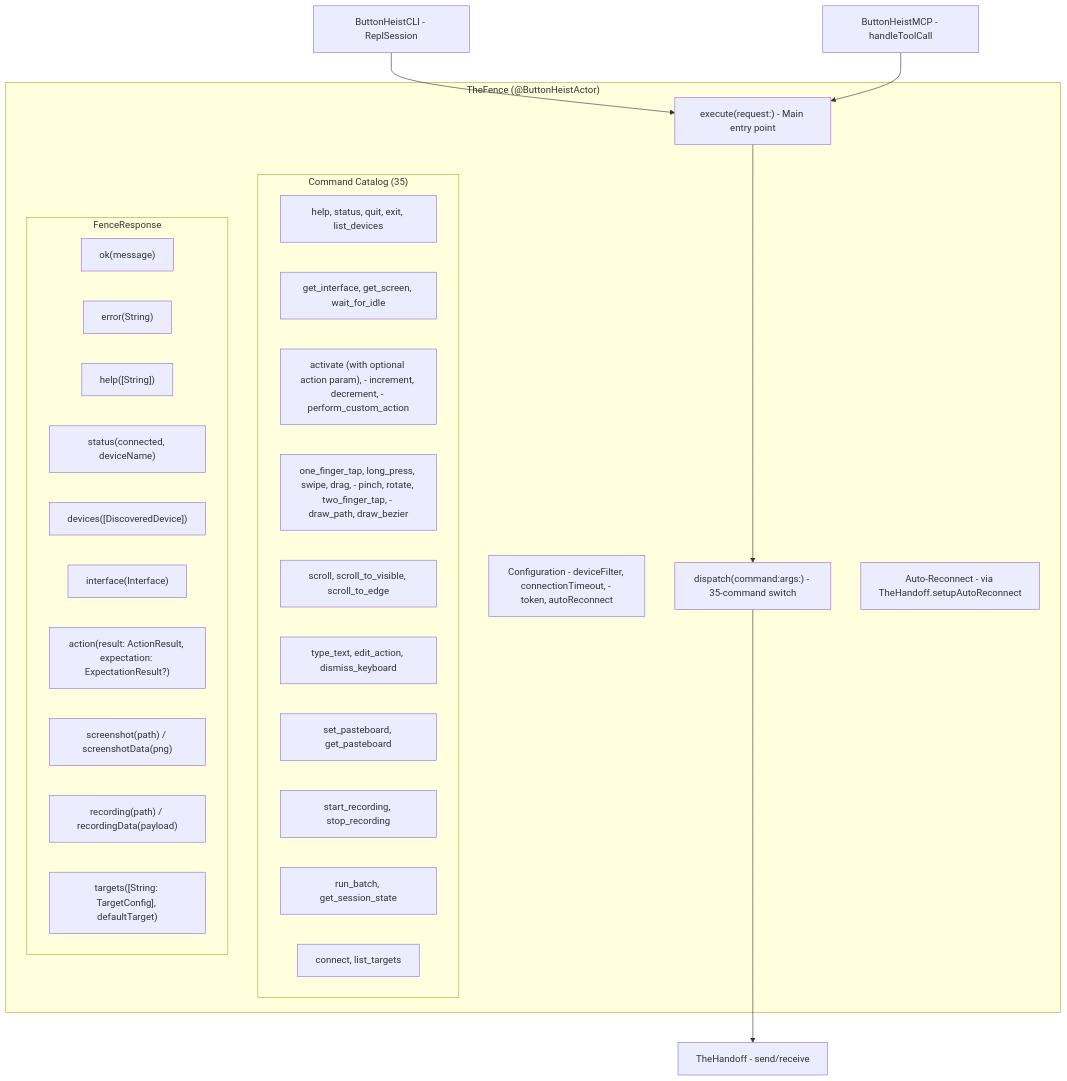
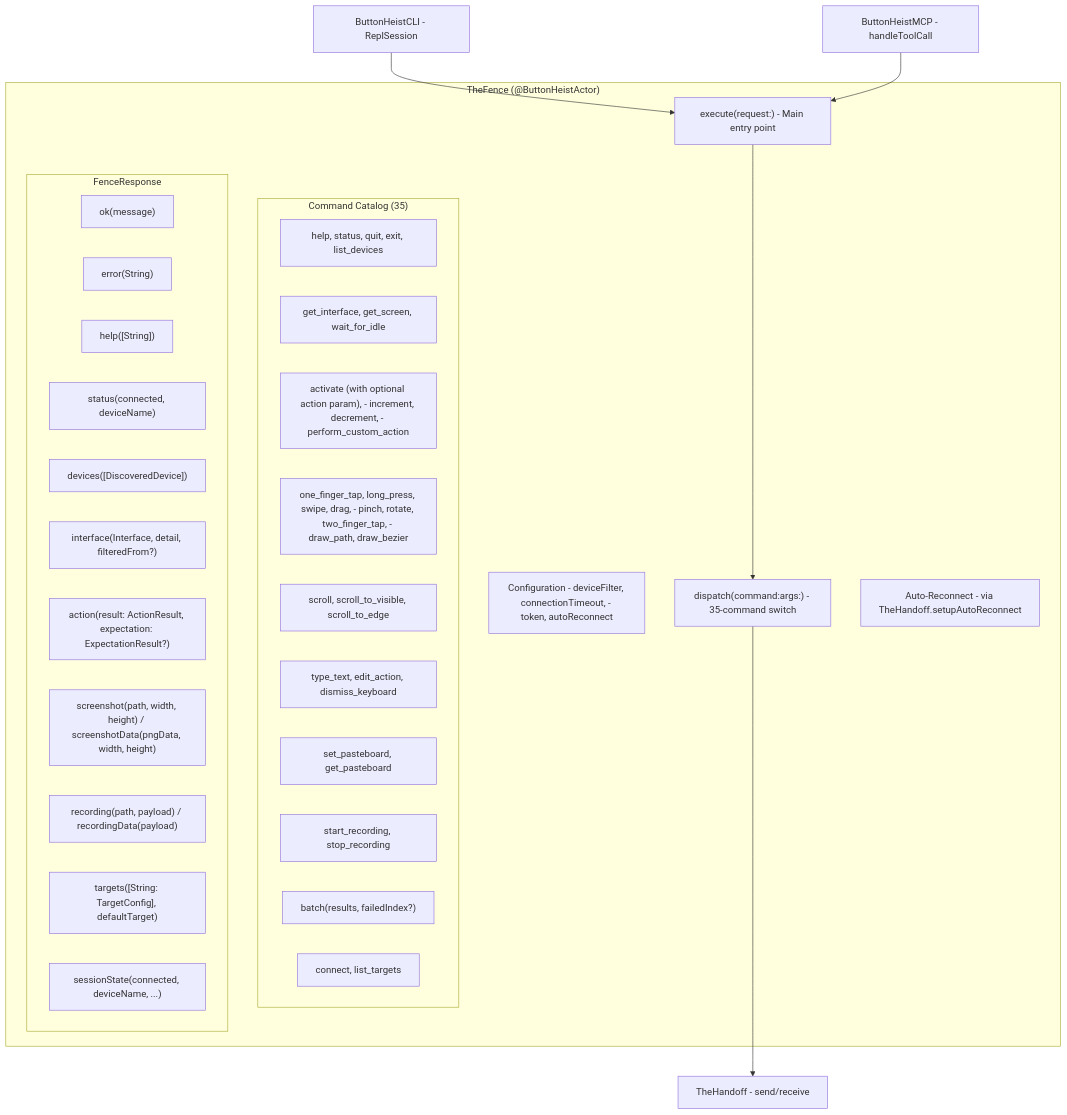
One commit to RoyalPineapple/TheButtonHeist changed the first of 3 diagrams in docs/dossiers/10-THEFENCE.md. Above: the diagram before and after it, drawn with Mermaid. The commit also changed 11 other files, not shown here.

````diff
--- a/docs/dossiers/10-THEFENCE.md
+++ b/docs/dossiers/10-THEFENCE.md
@@ -25,40 +25,42 @@
 ```mermaid
 graph TD
     subgraph TheFence["TheFence (@ButtonHeistActor)"]
         Config["Configuration - deviceFilter, connectionTimeout, - token, autoReconnect"]
         Execute["execute(request:) - Main entry point"]
         Dispatch["dispatch(command:args:) - 35-command switch"]
         Reconnect["Auto-Reconnect - via TheHandoff.setupAutoReconnect"]
 
         subgraph Commands["Command Catalog (35)"]
             Conn["help, status, quit, exit, list_devices"]
             IF["get_interface, get_screen, wait_for_idle"]
             Access["activate (with optional action param), - increment, decrement, - perform_custom_action"]
             Gesture["one_finger_tap, long_press, swipe, drag, - pinch, rotate, two_finger_tap, - draw_path, draw_bezier"]
             Scroll["scroll, scroll_to_visible, scroll_to_edge"]
             Text["type_text, edit_action, dismiss_keyboard"]
             Pasteboard["set_pasteboard, get_pasteboard"]
             Rec["start_recording, stop_recording"]
             Batch["run_batch, get_session_state"]
             Target["connect, list_targets"]
         end
 
         subgraph Response["FenceResponse"]
             Ok["ok(message)"]
             Err["error(String)"]
             Help["help([String])"]
             Status["status(connected, deviceName)"]
             DevList["devices([DiscoveredDevice])"]
-            IFResp["interface(Interface)"]
+            IFResp["interface(Interface, detail, filteredFrom?)"]
             Action["action(result: ActionResult, expectation: ExpectationResult?)"]
-            Screenshot["screenshot(path) / screenshotData(png)"]
-            Recording["recording(path) / recordingData(payload)"]
+            Screenshot["screenshot(path, width, height) / screenshotData(pngData, width, height)"]
+            Recording["recording(path, payload) / recordingData(payload)"]
             Targets["targets([String: TargetConfig], defaultTarget)"]
+            Batch["batch(results, failedIndex?)"]
+            SessionState["sessionState(connected, deviceName, ...)"]
         end
     end
 
     CLI["ButtonHeistCLI - ReplSession"] --> Execute
     MCP["ButtonHeistMCP - handleToolCall"] --> Execute
     Execute --> Dispatch
     Dispatch --> Client["TheHandoff - send/receive"]
 ```
````
